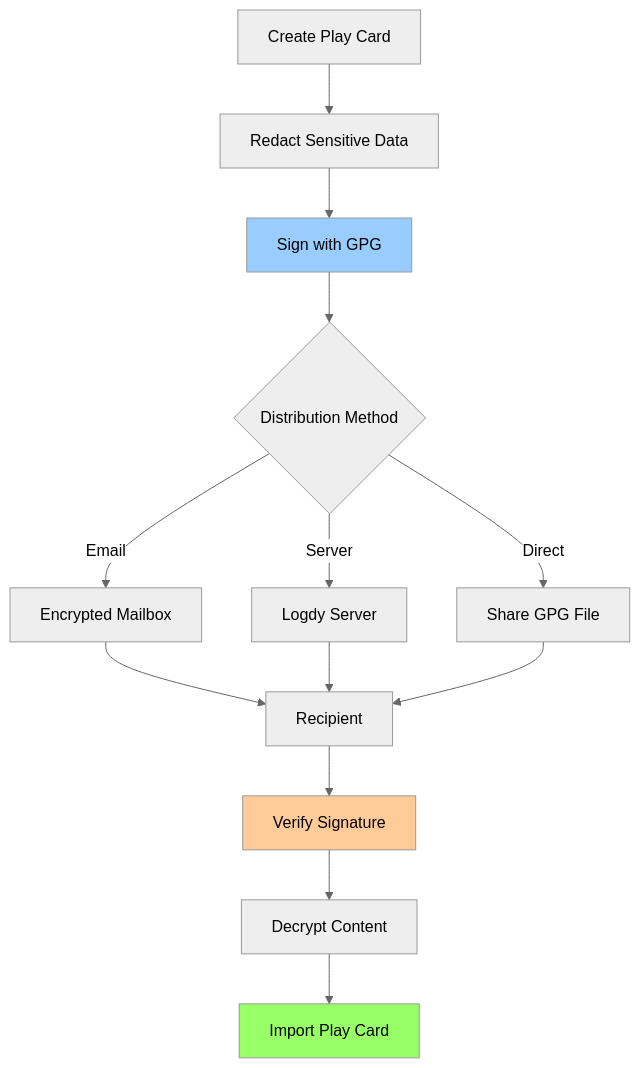
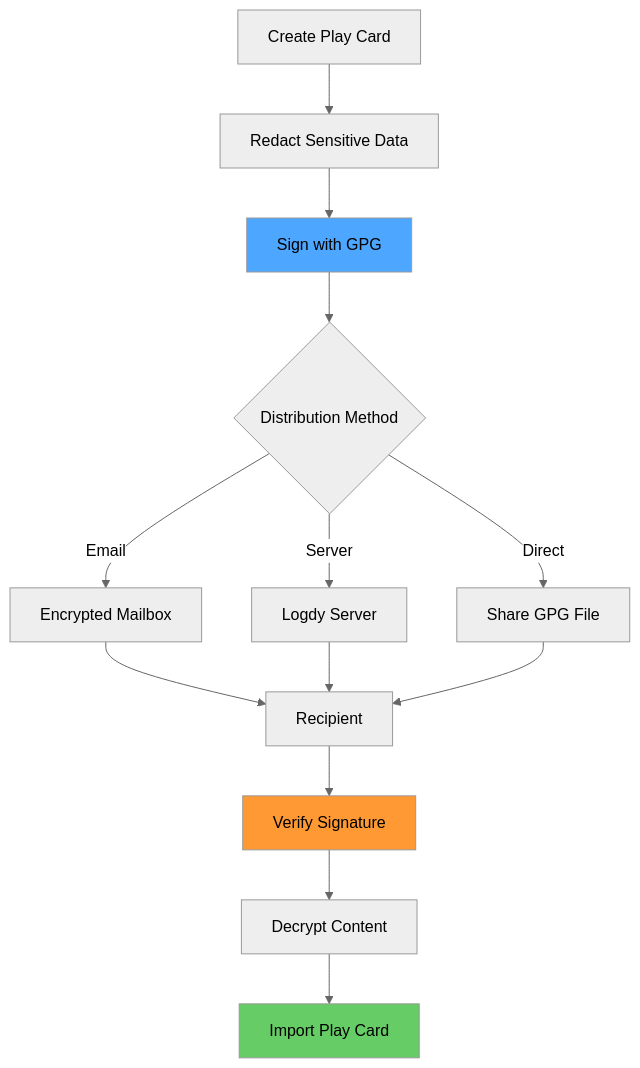
Before and after one commit to toolate28/kenl: the third of 3 diagrams in atom-sage-framework/docs/USER_MANUAL.md, drawn with Mermaid (neutral theme). The commit also changed other lines of this file and 4 other files, not shown here.

First line of the commit message:
docs: add comprehensive ATOM log examples and fix diagram accessibility

````diff
--- a/atom-sage-framework/docs/USER_MANUAL.md
+++ b/atom-sage-framework/docs/USER_MANUAL.md
@@ -549,21 +549,21 @@
 ```mermaid
 graph TB
     A[Create Play Card] --> B[Redact Sensitive Data]
     B --> C[Sign with GPG]
     C --> D{Distribution Method}
     D -->|Email| E[Encrypted Mailbox]
     D -->|Server| F[Logdy Server]
     D -->|Direct| G[Share GPG File]
 
     E --> H[Recipient]
     F --> H
     G --> H
 
     H --> I[Verify Signature]
     I --> J[Decrypt Content]
     J --> K[Import Play Card]
 
-    style C fill:#9cf
-    style I fill:#fc9
-    style K fill:#9f6
+    style C fill:#4da6ff,color:#000
+    style I fill:#ff9933,color:#000
+    style K fill:#66cc66,color:#000
 ```
````
